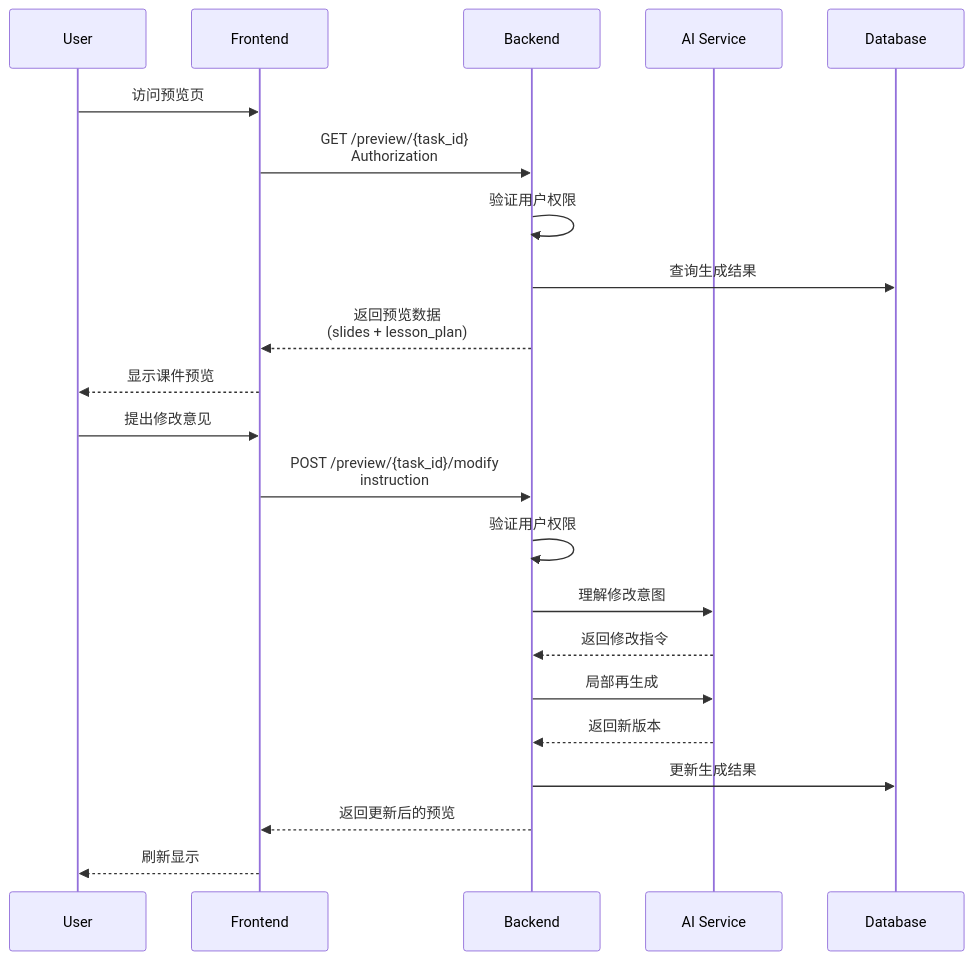
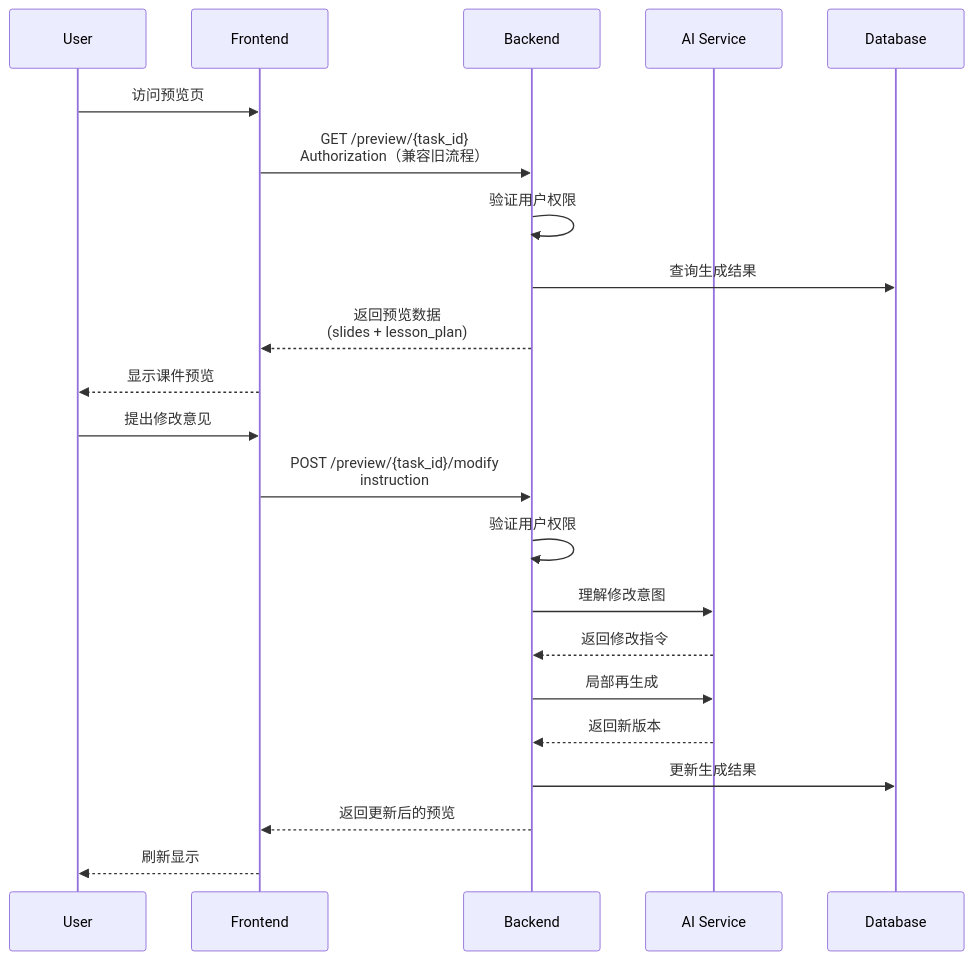
Before and after one commit to ln-one/Spectra: the ninth of 9 diagrams in docs/architecture/system/data-flow.md, drawn with Mermaid. The commit also changed other lines of this file and 14 other files, not shown here.

````diff
--- a/docs/architecture/system/data-flow.md
+++ b/docs/architecture/system/data-flow.md
@@ -138,26 +215,26 @@
 ```mermaid
 sequenceDiagram
  participant U as User
  participant F as Frontend
  participant B as Backend
  participant AI as AI Service
  participant DB as Database
 
  U->>F: 访问预览页
- F->>B: GET /preview/{task_id}<br/>Authorization
+ F->>B: GET /preview/{task_id}<br/>Authorization（兼容旧流程）
  B->>B: 验证用户权限
  B->>DB: 查询生成结果
  B-->>F: 返回预览数据<br/>(slides + lesson_plan)
  F-->>U: 显示课件预览
  
  U->>F: 提出修改意见
  F->>B: POST /preview/{task_id}/modify<br/>instruction
  B->>B: 验证用户权限
  B->>AI: 理解修改意图
  AI-->>B: 返回修改指令
  B->>AI: 局部再生成
  AI-->>B: 返回新版本
  B->>DB: 更新生成结果
  B-->>F: 返回更新后的预览
  F-->>U: 刷新显示
 ```
````
